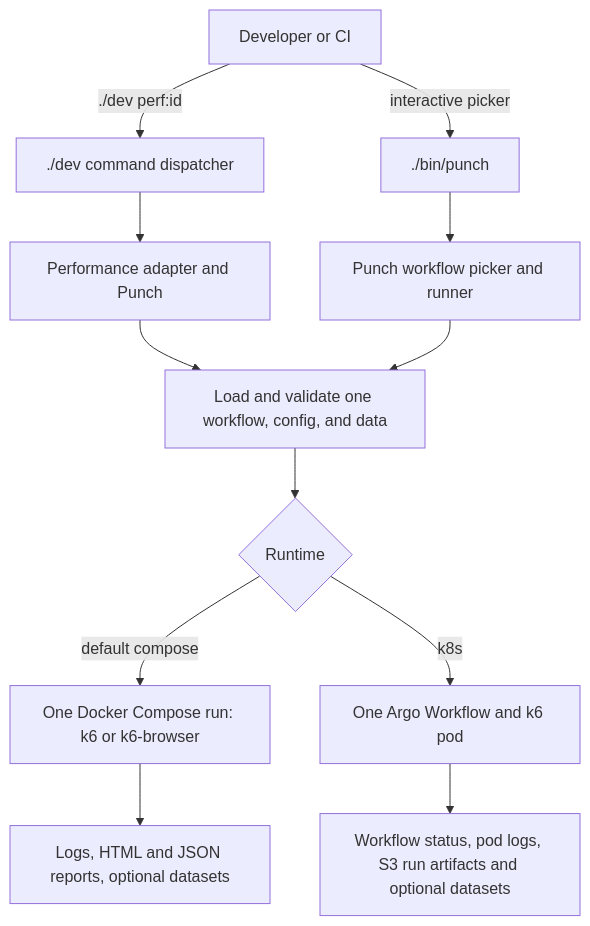
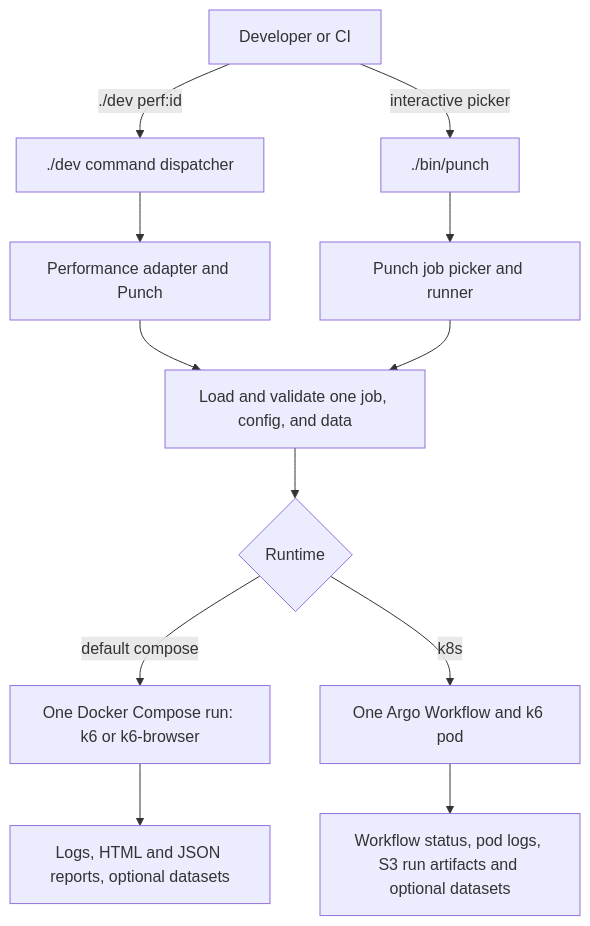
The third of 3 diagrams in docs/architecture/processes.md (nicopizar00/expresso-engineering-playground), drawn with Mermaid before and after one commit. The commit also changed other lines of this file and 86 other files, not shown here.

First line of the commit message:
refactor(perf)!: call the YAML unit a Punch job and a sequence a Punch workflow

````diff
--- a/docs/architecture/processes.md
+++ b/docs/architecture/processes.md
@@ -86,14 +86,14 @@
 ```mermaid
 flowchart TD
   User[Developer or CI] -->|./dev perf:id| Dev[./dev command dispatcher]
   User -->|interactive picker| Menu[./bin/punch]
   Dev --> Runner[Performance adapter and Punch]
-  Menu --> Punch[Punch workflow picker and runner]
-  Runner --> Select[Load and validate one workflow, config, and data]
+  Menu --> Punch[Punch job picker and runner]
+  Runner --> Select[Load and validate one job, config, and data]
   Punch --> Select
   Select --> Runtime{Runtime}
   Runtime -->|default compose| Compose[One Docker Compose run: k6 or k6-browser]
   Runtime -->|k8s| Argo[One Argo Workflow and k6 pod]
   Compose --> Outputs[Logs, HTML and JSON reports, optional datasets]
   Argo --> OutputsK[Workflow status, pod logs, S3 run artifacts and optional datasets]
 ```
````
